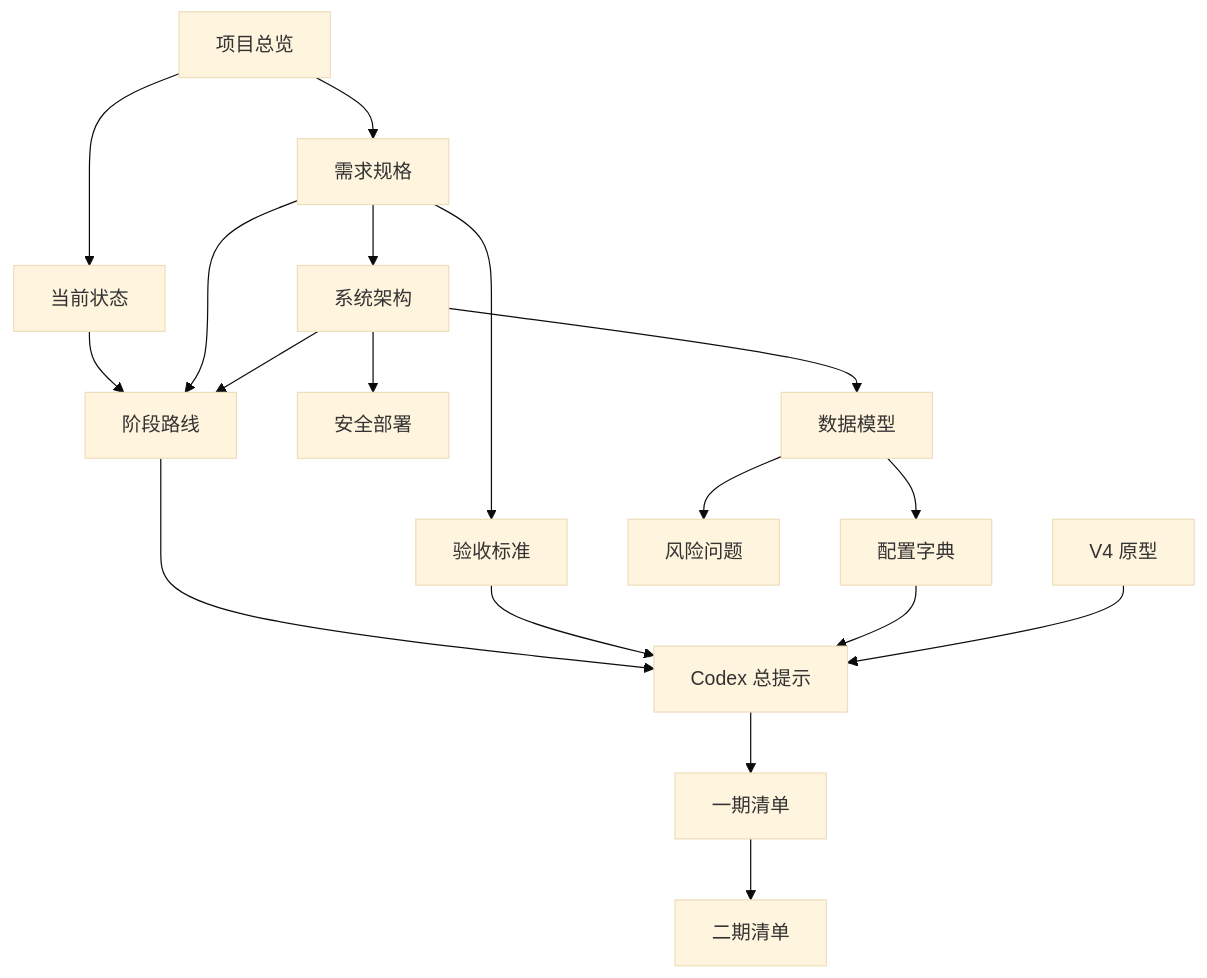
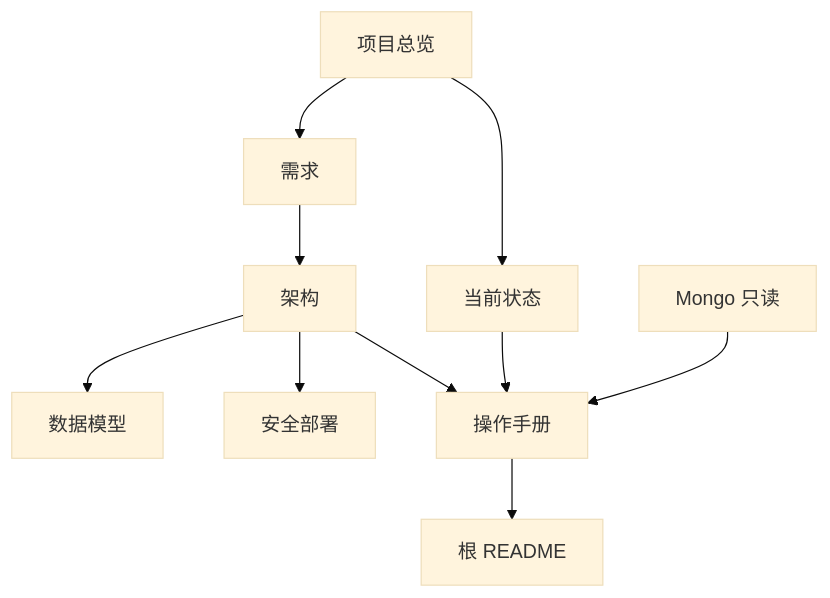
Before and after one commit to Jovifei/anti_reverse_device_monitor: the second of 2 diagrams in docs/10_DOCUMENT_RELATIONSHIP_MAP.md, drawn with Mermaid (base theme). The commit also changed other lines of this file and 21 other files, not shown here.

````diff
--- a/docs/10_DOCUMENT_RELATIONSHIP_MAP.md
+++ b/docs/10_DOCUMENT_RELATIONSHIP_MAP.md
@@ -76,20 +51,12 @@
 ```mermaid
-flowchart TD
-    O[项目总览] --> R[需求规格]
-    R --> A[系统架构]
-    A --> D[数据模型]
-    D --> C[配置字典]
-    R --> AC[验收标准]
-    A --> S[安全部署]
-    D --> Q[风险问题]
-    O --> ST[当前状态]
-    ST --> P[阶段路线]
-    R --> P
-    A --> P
-    P --> M[Codex 总提示]
-    AC --> M
-    C --> M
-    V4[V4 原型] --> M
-    M --> T1[一期清单]
-    T1 --> T2[二期清单]
+flowchart TB
+  O[项目总览] --> R[需求]
+  R --> A[架构]
+  A --> D[数据模型]
+  A --> S[安全部署]
+  O --> ST[当前状态]
+  ST --> OPS[操作手册]
+  A --> OPS
+  M[Mongo 只读] --> OPS
+  OPS --> ROOT[根 README]
 ```
````
